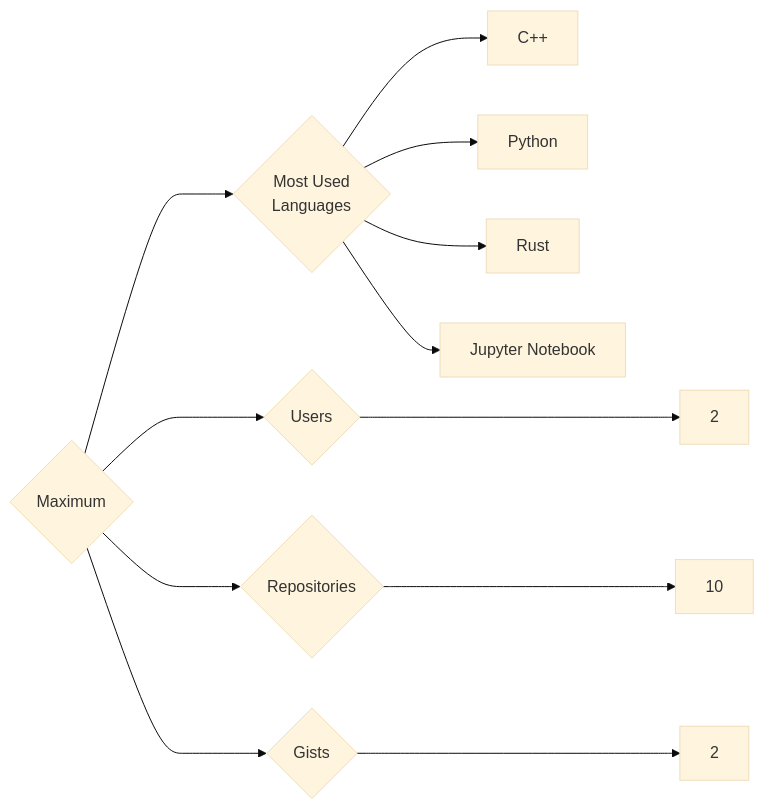
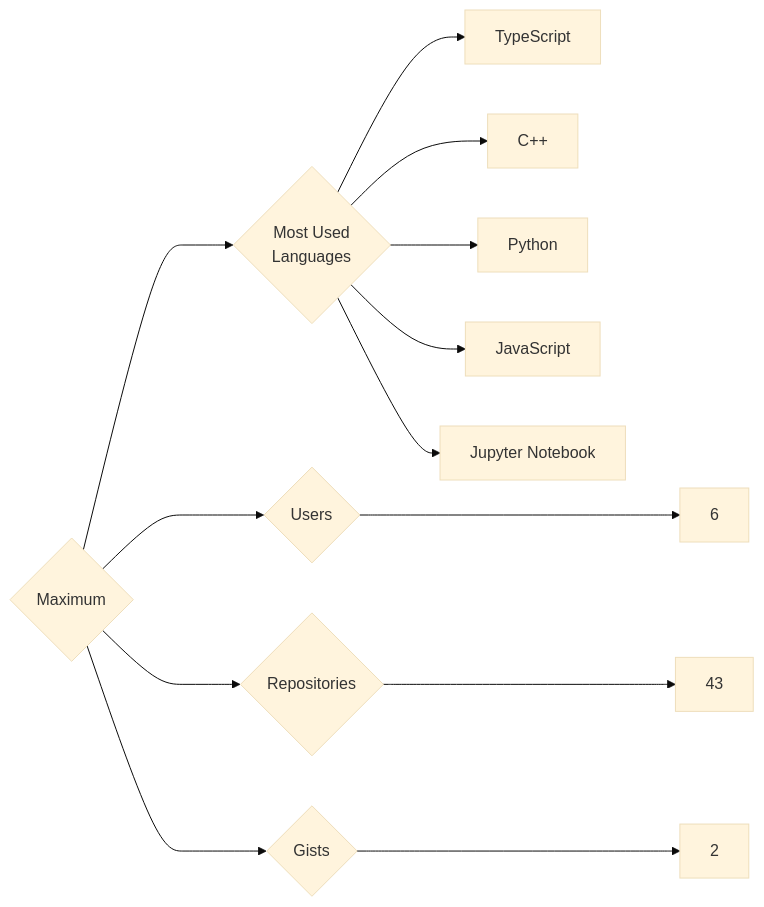
One commit to trickest/insiders changed the diagram in targets/Maximum/README.md. Above: the diagram before and after it, drawn with Mermaid (base theme). The commit also changed 1496 other files, not shown here.

````diff
--- a/targets/Maximum/README.md
+++ b/targets/Maximum/README.md
@@ -3,12 +3,13 @@
 ```mermaid
 graph LR
 COMPANY_NAME{Maximum}
-COMPANY_NAME ---> U{Users} ---> UN[2]
-COMPANY_NAME ---> R{Repositories} ---> RN[10]
+COMPANY_NAME ---> U{Users} ---> UN[6]
+COMPANY_NAME ---> R{Repositories} ---> RN[43]
 COMPANY_NAME ---> G{Gists} ---> GN[2]
 COMPANY_NAME ---> ML{Most Used<br>Languages}
+ML --> TypeScript[TypeScript]
 ML --> C++[C++]
 ML --> Python[Python]
-ML --> Rust[Rust]
+ML --> JavaScript[JavaScript]
 ML --> Jupyter_Notebook[Jupyter Notebook]
 ```
````
